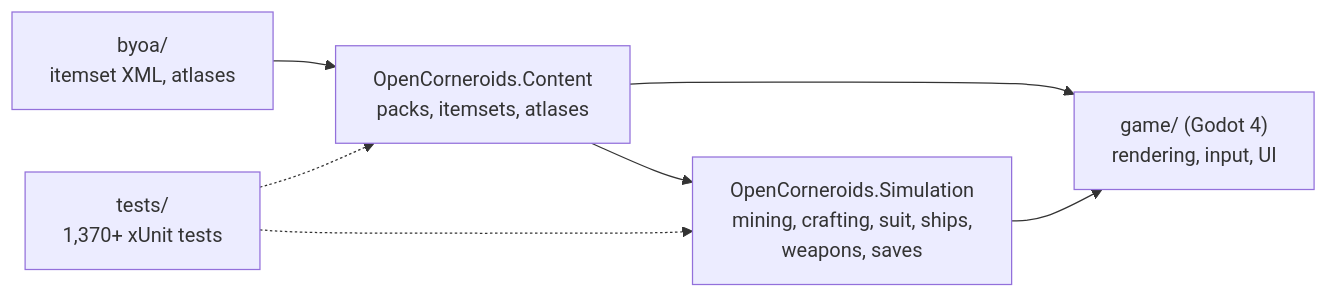
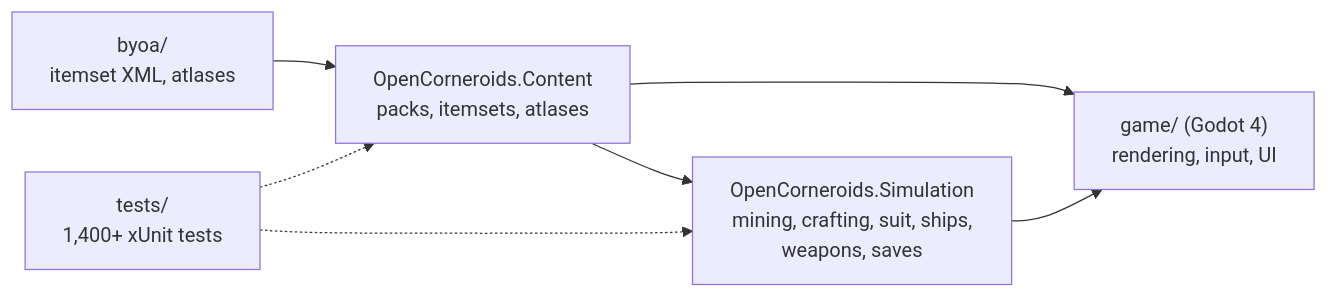
One commit to olekkut/open-corneroids changed the diagram in README.md. Above: the diagram before and after it, drawn with Mermaid. The commit also changed other lines of this file and 35 other files, not shown here.

````diff
--- a/README.md
+++ b/README.md
@@ -133,9 +136,9 @@
 ```mermaid
 flowchart LR
     byoa["byoa/<br/>itemset XML, atlases"] --> content["OpenCorneroids.Content<br/>packs, itemsets, atlases"]
     content --> sim["OpenCorneroids.Simulation<br/>mining, crafting, suit, ships,<br/>weapons, saves"]
     content --> game["game/ (Godot 4)<br/>rendering, input, UI"]
     sim --> game
-    tests["tests/<br/>1,370+ xUnit tests"] -.-> content
+    tests["tests/<br/>1,400+ xUnit tests"] -.-> content
     tests -.-> sim
 ```
````
